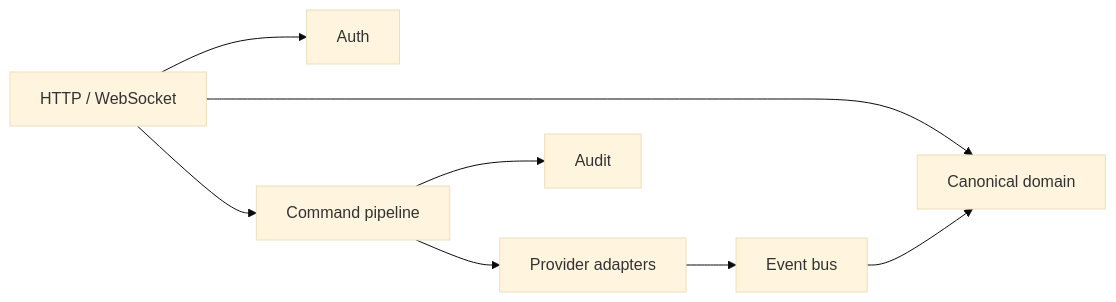
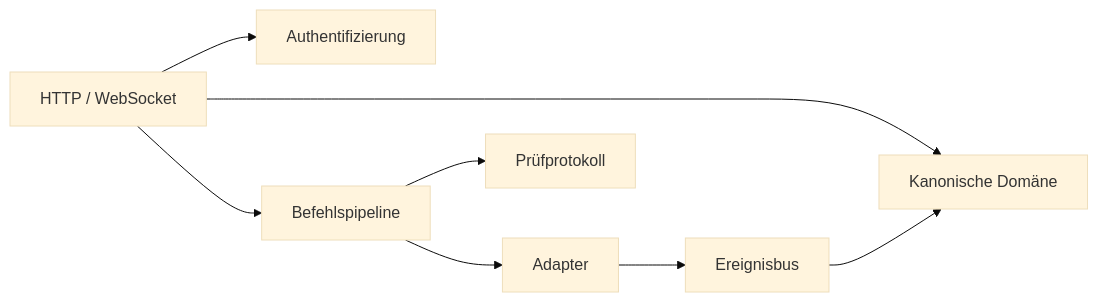
Before and after one commit to mariohansen/homeflow: the second of 3 diagrams in README.md, drawn with Mermaid (base theme). The commit also changed other lines of this file and 47 other files, not shown here.

````diff
--- a/README.md
+++ b/README.md
@@ -57,10 +60,10 @@
 ```mermaid
 flowchart LR
-    API["HTTP / WebSocket"] --> AUTH["Auth"]
-    API --> DOMAIN["Canonical domain"]
-    API --> CMD["Command pipeline"]
-    CMD --> ADAPTERS["Provider adapters"]
-    ADAPTERS --> EVENTS["Event bus"]
+    API["HTTP / WebSocket"] --> AUTH["Authentifizierung"]
+    API --> DOMAIN["Kanonische Domäne"]
+    API --> CMD["Befehlspipeline"]
+    CMD --> ADAPTERS["Adapter"]
+    ADAPTERS --> EVENTS["Ereignisbus"]
     EVENTS --> DOMAIN
-    CMD --> AUDIT["Audit"]
+    CMD --> AUDIT["Prüfprotokoll"]
 ```
````
